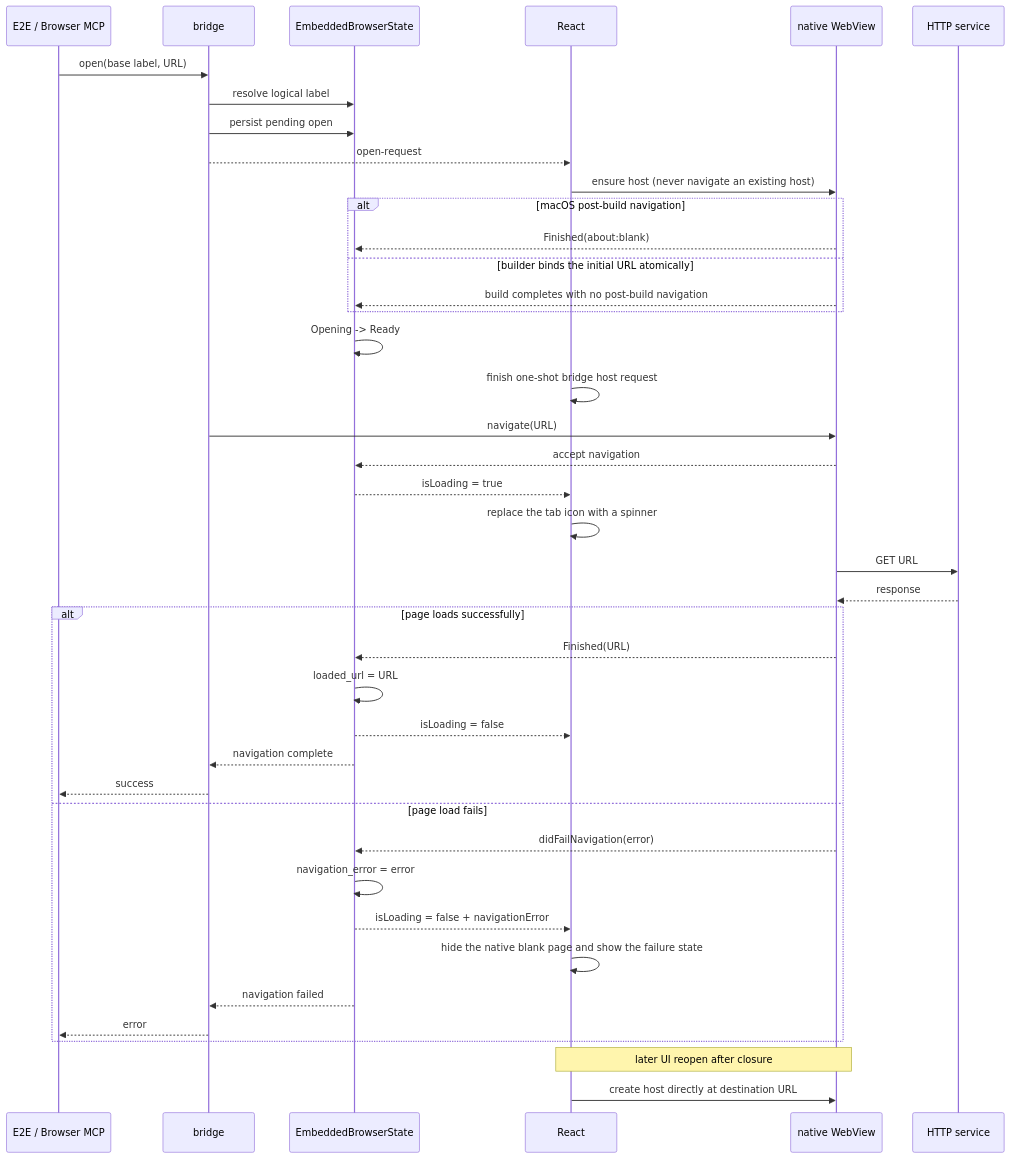
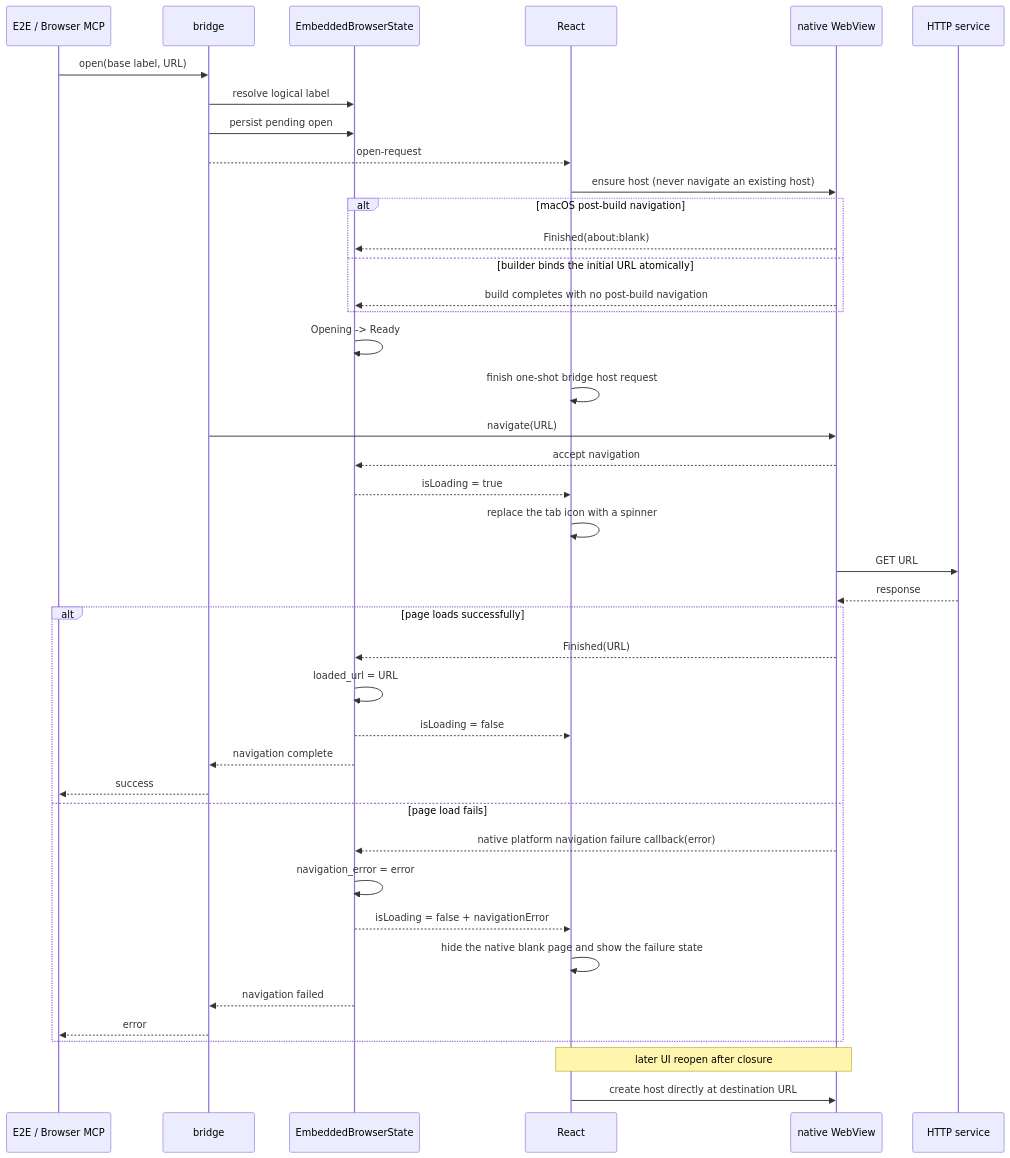
Before and after one commit to wecode-ai/Wegent: the second of 2 diagrams in docs/en/architecture/embedded-browser.md, drawn with Mermaid. The commit also changed other lines of this file and 4 other files, not shown here.

````diff
--- a/docs/en/architecture/embedded-browser.md
+++ b/docs/en/architecture/embedded-browser.md
@@ -36,45 +36,45 @@
 ```mermaid
 sequenceDiagram
     participant C as E2E / Browser MCP
     participant B as bridge
     participant S as EmbeddedBrowserState
     participant R as React
     participant W as native WebView
     participant H as HTTP service
 
     C->>B: open(base label, URL)
     B->>S: resolve logical label
     B->>S: persist pending open
     B-->>R: open-request
     R->>W: ensure host (never navigate an existing host)
     alt macOS post-build navigation
         W-->>S: Finished(about:blank)
     else builder binds the initial URL atomically
         W-->>S: build completes with no post-build navigation
     end
     S->>S: Opening -> Ready
     R->>R: finish one-shot bridge host request
     B->>W: navigate(URL)
     W-->>S: accept navigation
     S-->>R: isLoading = true
     R->>R: replace the tab icon with a spinner
     W->>H: GET URL
     H-->>W: response
     alt page loads successfully
         W-->>S: Finished(URL)
         S->>S: loaded_url = URL
         S-->>R: isLoading = false
         S-->>B: navigation complete
         B-->>C: success
     else page load fails
-        W-->>S: didFailNavigation(error)
+        W-->>S: native platform navigation failure callback(error)
         S->>S: navigation_error = error
         S-->>R: isLoading = false + navigationError
         R->>R: hide the native blank page and show the failure state
         S-->>B: navigation failed
         B-->>C: error
     end
 
     Note over R,W: later UI reopen after closure
     R->>W: create host directly at destination URL
 ```
````
